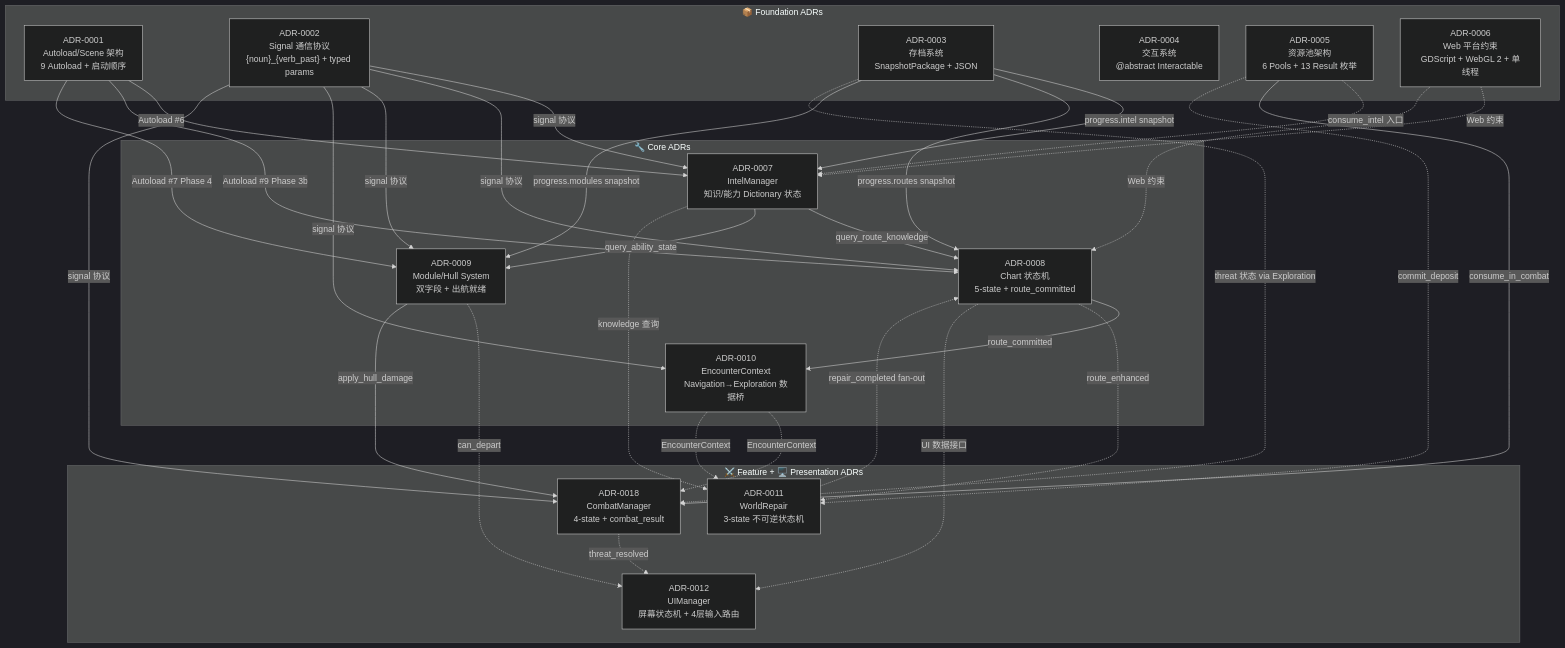
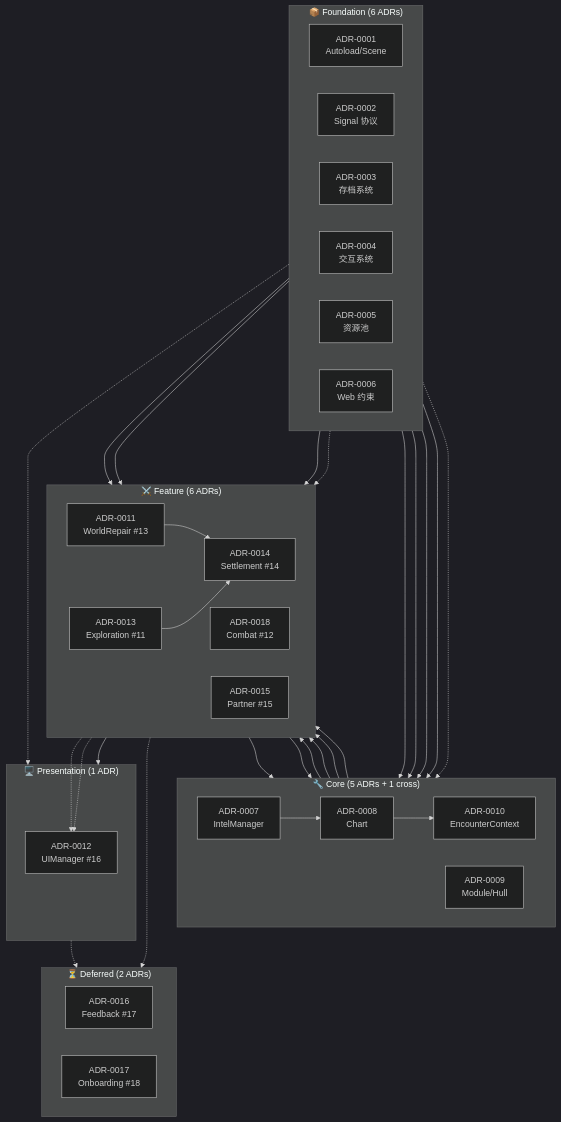
One commit to lieinsay/Claude-Code-Game-Studios changed the third of 9 diagrams in docs/document-index.md. Above: the diagram before and after it, drawn with Mermaid (dark theme). The commit also changed other lines of this file and 34 other files, not shown here.

First line of the commit message:
完成 Feature + Presentation 层 — ADR-0013/14/15, 4 Epics (24 Stories), 更新全部索引

````diff
--- a/docs/document-index.md
+++ b/docs/document-index.md
@@ -280,61 +295,65 @@
 ```mermaid
 graph TB
-    subgraph Foundation["📦 Foundation ADRs"]
-        ADR1["ADR-0001<br/>Autoload/Scene 架构<br/>9 Autoload + 启动顺序"]
-        ADR2["ADR-0002<br/>Signal 通信协议<br/>{noun}_{verb_past} + typed params"]
-        ADR3["ADR-0003<br/>存档系统<br/>SnapshotPackage + JSON"]
-        ADR4["ADR-0004<br/>交互系统<br/>@abstract Interactable"]
-        ADR5["ADR-0005<br/>资源池架构<br/>6 Pools + 13 Result 枚举"]
-        ADR6["ADR-0006<br/>Web 平台约束<br/>GDScript + WebGL 2 + 单线程"]
+    subgraph Foundation["📦 Foundation (6 ADRs)"]
+        direction LR
+        F1["ADR-0001<br/>Autoload/Scene"]
+        F2["ADR-0002<br/>Signal 协议"]
+        F3["ADR-0003<br/>存档系统"]
+        F4["ADR-0004<br/>交互系统"]
+        F5["ADR-0005<br/>资源池"]
+        F6["ADR-0006<br/>Web 约束"]
     end
 
-    subgraph Core["🔧 Core ADRs"]
-        ADR7["ADR-0007<br/>IntelManager<br/>知识/能力 Dictionary 状态"]
-        ADR8["ADR-0008<br/>Chart 状态机<br/>5-state + route_committed"]
-        ADR9["ADR-0009<br/>Module/Hull System<br/>双字段 + 出航就绪"]
-        ADR10["ADR-0010<br/>EncounterContext<br/>Navigation→Exploration 数据桥"]
+    subgraph Core["🔧 Core (5 ADRs + 1 cross)"]
+        direction LR
+        C1["ADR-0007<br/>IntelManager"]
+        C2["ADR-0008<br/>Chart"]
+        C3["ADR-0009<br/>Module/Hull"]
+        C4["ADR-0010<br/>EncounterContext"]
     end
 
-    subgraph Feature_Presentation["⚔️ Feature + 🖥️ Presentation ADRs"]
-        ADR11["ADR-0011<br/>WorldRepair<br/>3-state 不可逆状态机"]
-        ADR18["ADR-0018<br/>CombatManager<br/>4-state + combat_result"]
-        ADR12["ADR-0012<br/>UIManager<br/>屏幕状态机 + 4层输入路由"]
+    subgraph Feature["⚔️ Feature (6 ADRs)"]
+        direction LR
+        FT1["ADR-0011<br/>WorldRepair #13"]
+        FT2["ADR-0018<br/>Combat #12"]
+        FT3["ADR-0013<br/>Exploration #11"]
+        FT4["ADR-0014<br/>Settlement #14"]
+        FT5["ADR-0015<br/>Partner #15"]
     end
 
-    %% Foundation→Core
-    ADR1 -->|"Autoload #6"| ADR7
-    ADR1 -->|"Autoload #9 Phase 3b"| ADR8
-    ADR1 -->|"Autoload #7 Phase 4"| ADR9
-    ADR2 -->|"signal 协议"| ADR7
-    ADR2 -->|"signal 协议"| ADR8
-    ADR2 -->|"signal 协议"| ADR9
-    ADR2 -->|"signal 协议"| ADR10
-    ADR2 -->|"signal 协议"| ADR18
-    ADR3 -->|"progress.intel snapshot"| ADR7
-    ADR3 -->|"progress.routes snapshot"| ADR8
-    ADR3 -->|"progress.modules snapshot"| ADR9
-    ADR3 -.->|"threat 状态 via Exploration"| ADR18
-    ADR5 -.->|"consume_intel 入口"| ADR7
-    ADR5 -->|"consume_in_combat"| ADR18
-    ADR6 -.->|"Web 约束"| ADR7
-    ADR6 -.->|"Web 约束"| ADR8
+    subgraph Presentation["🖥️ Presentation (1 ADR)"]
+        P1["ADR-0012<br/>UIManager #16"]
+    end
 
-    %% Core→Core
-    ADR7 -->|"query_route_knowledge"| ADR8
-    ADR7 -->|"query_ability_state"| ADR9
-    ADR8 -->|"route_committed"| ADR10
+    subgraph Deferred["⏳ Deferred (2 ADRs)"]
+        D4["ADR-0016<br/>Feedback #17"]
+        D5["ADR-0017<br/>Onboarding #18"]
+    end
 
-    %% Core→Feature
-    ADR7 -.->|"knowledge 查询"| ADR11
-    ADR5 -.->|"commit_deposit"| ADR11
-    ADR8 -.->|"route_enhanced"| ADR11
-    ADR8 -.->|"UI 数据接口"| ADR12
-    ADR9 -.->|"can_depart"| ADR12
-    ADR9 -->|"apply_hull_damage"| ADR18
-    ADR10 -.->|"EncounterContext"| ADR18
+    Foundation --> Core
+    Core --> Feature
+    Feature --> Presentation
+    Feature -.-> Deferred
+    Presentation -.-> Deferred
 
-    %% Feature internal
-    ADR11 -.->|"repair_completed fan-out"| ADR8
-    ADR10 -.->|"EncounterContext"| ADR11
-    ADR18 -.->|"threat_resolved"| ADR12
+    F2 -..-> Core
+    F2 -..-> Feature
+    F2 -..-> Presentation
+    F5 --> FT1
+    F5 --> FT2
+    F5 --> FT4
+    F3 --> C1
+    F3 --> C2
+    F3 --> C3
+    C1 --> C2
+    C2 --> C4
+    C3 --> FT2
+    C4 --> FT2
+    C4 --> FT3
+    FT1 --> C1
+    FT1 --> C2
+    FT1 --> FT4
+    FT3 --> FT4
+    FT2 -.-> P1
+    FT1 -.-> P1
 ```
````
